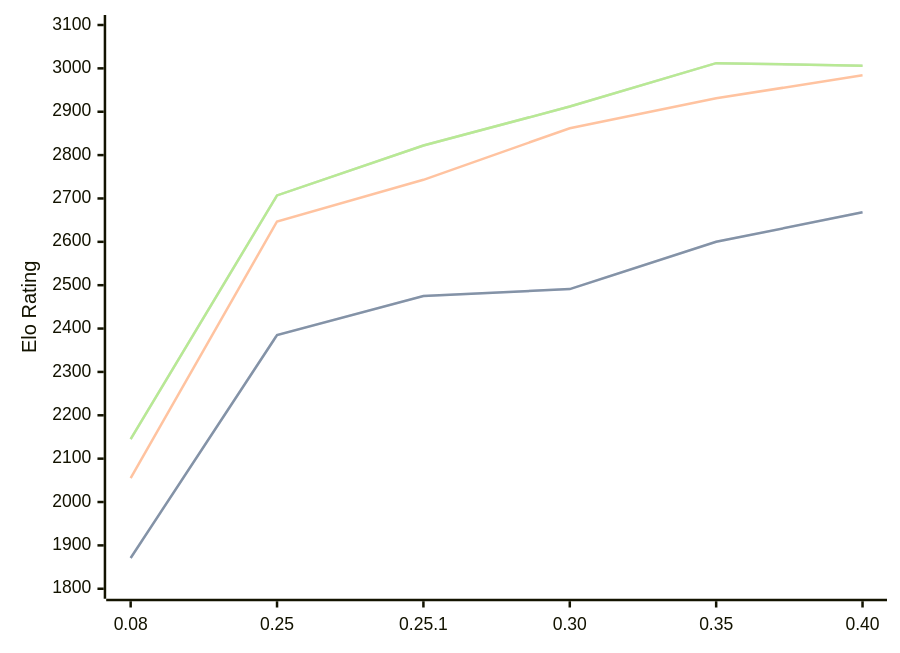
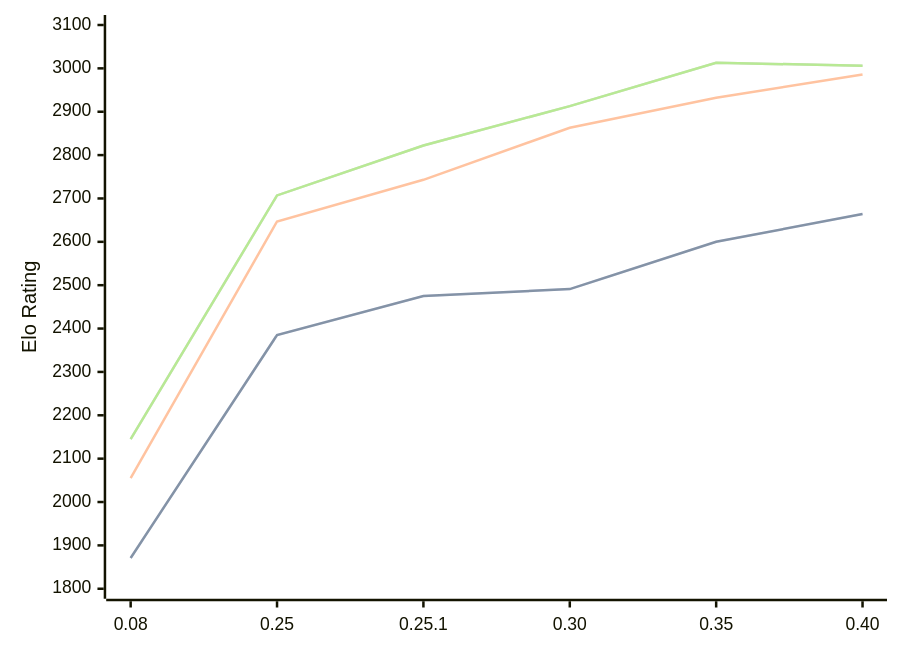
The first of 3 diagrams in engines/Gecko.md (computer-chess-index/cci), drawn with Mermaid before and after one commit. The commit also changed other lines of this file, not shown here.

Commit message:
Update CCI Ratings (ELO VLTC) - 2026-06-21

````diff
--- a/engines/Gecko.md
+++ b/engines/Gecko.md
@@ -36,11 +36,11 @@
 ```mermaid
 %%{init: {"theme":"base","themeVariables":{"seriesColors:['#a3a3a3','#222221','#faa371']}}}%%
 xychart-beta
   x-axis ["0.08", "0.25", "0.25.1", "0.30", "0.35", "0.40"]
   y-axis "Elo Rating" 1800 --> 3100
-  line "STC (8.0+0.08s)" [1871, 2385, 2475, 2491, 2600, 2668]
-  line "STC (8.0+0.08s)" [1871, 2385, 2475, 2491, 2600, 2668]
-  line "LTC (60.0+0.60s)" [2055, 2647, 2743, 2862, 2931, 2984]
-  line "VLTC (2m24s+1.12s)" [2145, 2707, 2822, 2912, 3012, 3006]
-  line "VLTC (2m24s+1.12s)" [2145, 2707, 2822, 2912, 3012, 3006]
+  line "STC (8.0+0.08s)" [1871, 2385, 2475, 2491, 2600, 2664]
+  line "STC (8.0+0.08s)" [1871, 2385, 2475, 2491, 2600, 2664]
+  line "LTC (60.0+0.60s)" [2055, 2647, 2743, 2863, 2932, 2986]
+  line "VLTC (2m24s+1.12s)" [2145, 2707, 2822, 2913, 3013, 3006]
+  line "VLTC (2m24s+1.12s)" [2145, 2707, 2822, 2913, 3013, 3006]
 ```
````
